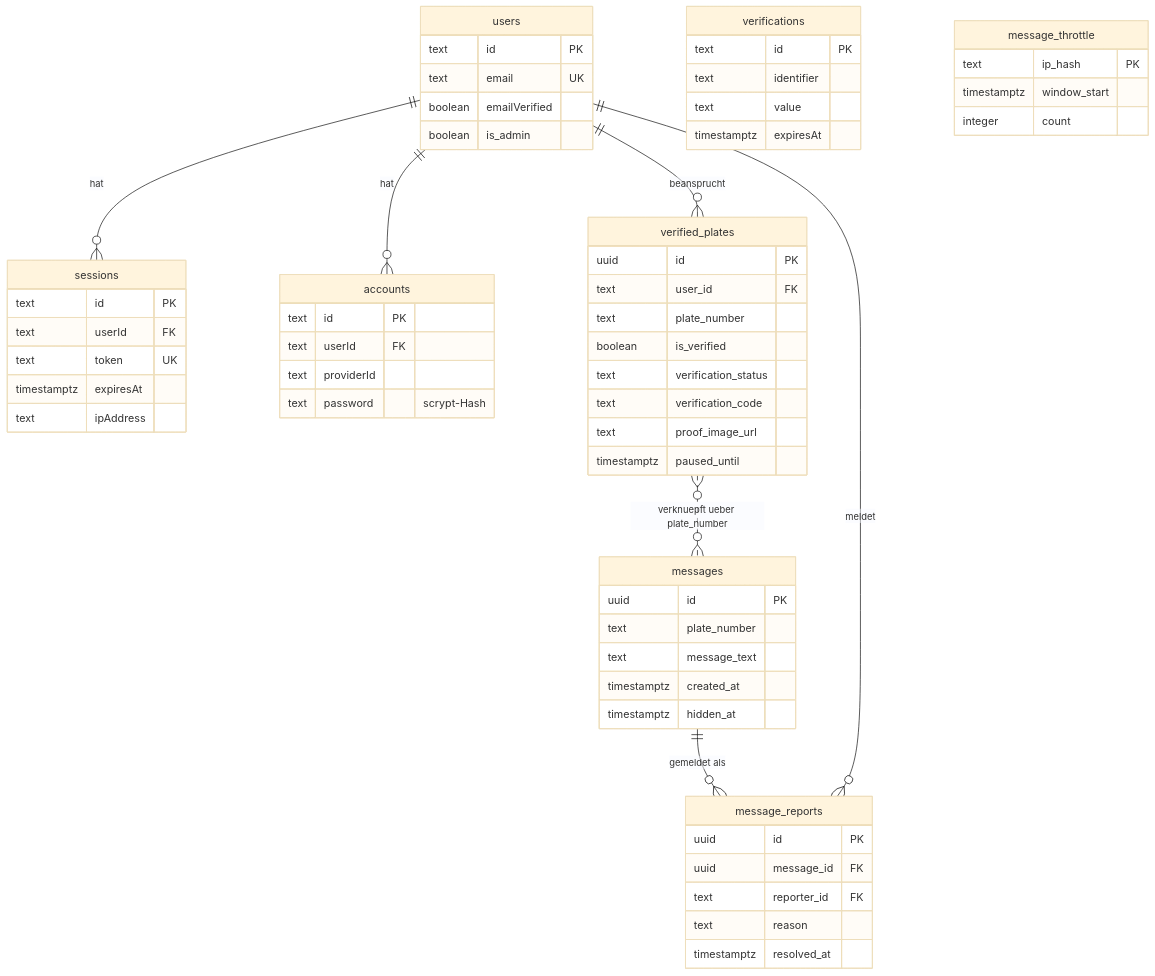
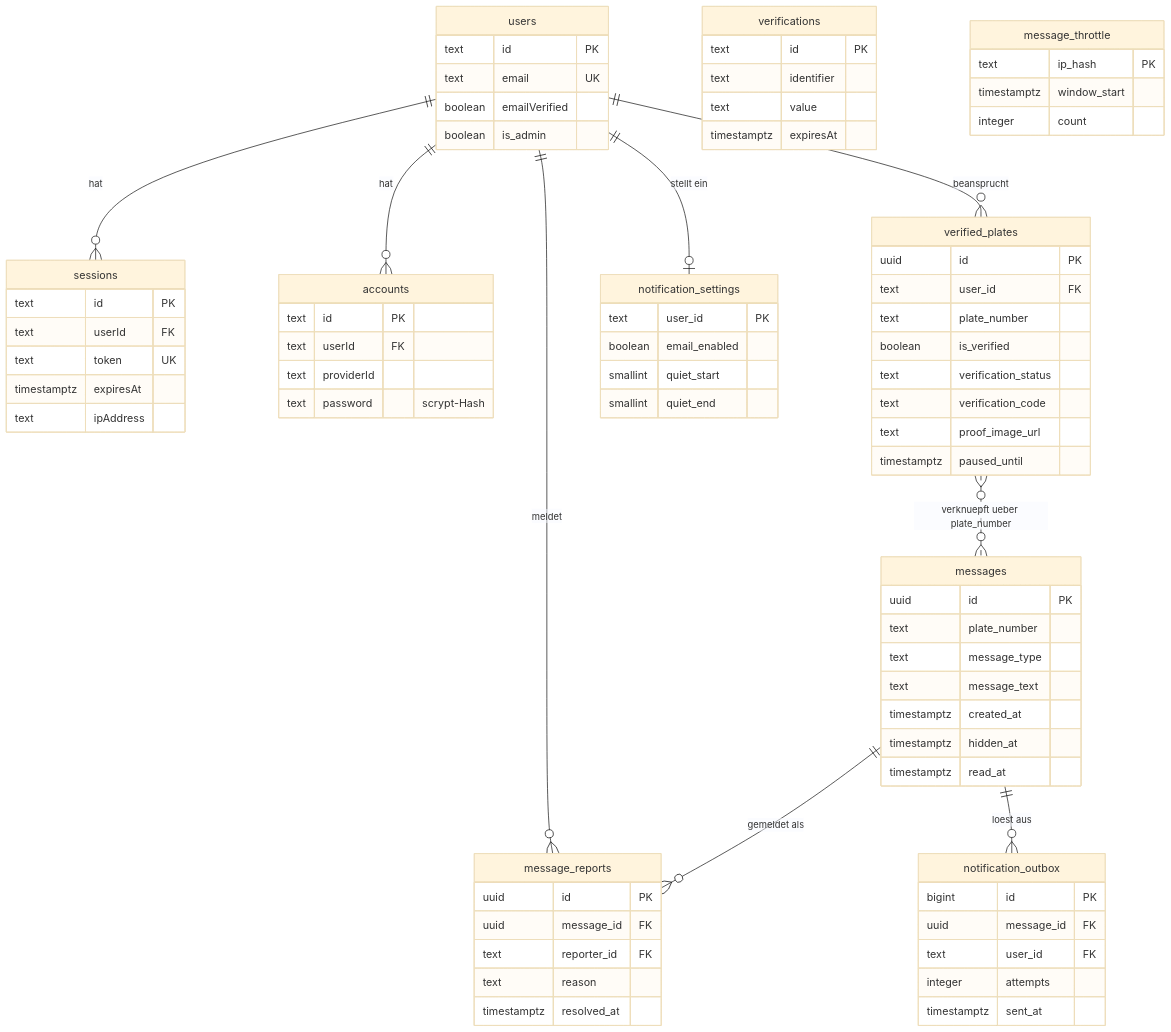
One commit to mariushuck/PlateDrop changed the third of 9 diagrams in docs/architecture.md. Above: the diagram before and after it, drawn with Mermaid (base theme). The commit also changed other lines of this file and 41 other files, not shown here.

First line of the commit message:
feat(messages): predefined message types and e-mail notifications

````diff
--- a/docs/architecture.md
+++ b/docs/architecture.md
@@ -152,64 +157,81 @@
 ```mermaid
 erDiagram
     users ||--o{ sessions : "hat"
     users ||--o{ accounts : "hat"
     users ||--o{ verified_plates : "beansprucht"
     verified_plates }o..o{ messages : "verknuepft ueber plate_number"
     messages ||--o{ message_reports : "gemeldet als"
     users ||--o{ message_reports : "meldet"
+    users ||--o| notification_settings : "stellt ein"
+    messages ||--o{ notification_outbox : "loest aus"
 
     users {
         text id PK
         text email UK
         boolean emailVerified
         boolean is_admin
     }
     sessions {
         text id PK
         text userId FK
         text token UK
         timestamptz expiresAt
         text ipAddress
     }
     accounts {
         text id PK
         text userId FK
         text providerId
         text password "scrypt-Hash"
     }
     verifications {
         text id PK
         text identifier
         text value
         timestamptz expiresAt
     }
     verified_plates {
         uuid id PK
         text user_id FK
         text plate_number
         boolean is_verified
         text verification_status
         text verification_code
         text proof_image_url
         timestamptz paused_until
     }
     messages {
         uuid id PK
         text plate_number
+        text message_type
         text message_text
         timestamptz created_at
         timestamptz hidden_at
+        timestamptz read_at
+    }
+    notification_settings {
+        text user_id PK
+        boolean email_enabled
+        smallint quiet_start
+        smallint quiet_end
+    }
+    notification_outbox {
+        bigint id PK
+        uuid message_id FK
+        text user_id FK
+        integer attempts
+        timestamptz sent_at
     }
     message_reports {
         uuid id PK
         uuid message_id FK
         text reporter_id FK
         text reason
         timestamptz resolved_at
     }
     message_throttle {
         text ip_hash PK
         timestamptz window_start
         integer count
     }
 ```
````
